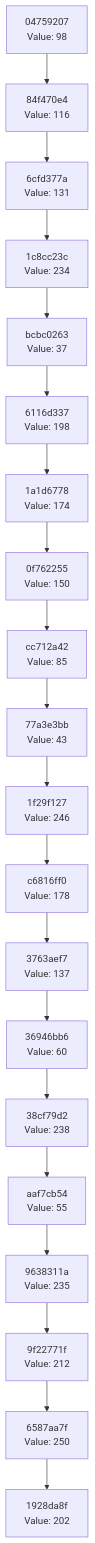
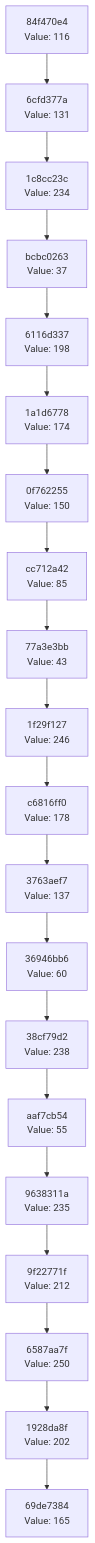
One commit to Abhisheksinha1506/hash-chain-evolver changed the diagram in docs/CHAIN_VISUALIZATION.md. Above: the diagram before and after it, drawn with Mermaid. The commit also changed 2 other files, not shown here.

Commit message:
Evolution step: hash 0xA5 → action executed

````diff
--- a/docs/CHAIN_VISUALIZATION.md
+++ b/docs/CHAIN_VISUALIZATION.md
@@ -3,42 +3,42 @@
 ```mermaid
 graph TD
-    C0["1928da8f<br/>Value: 202"]
-    C1["6587aa7f<br/>Value: 250"]
+    C0["69de7384<br/>Value: 165"]
+    C1["1928da8f<br/>Value: 202"]
     C1 --> C0
-    C2["9f22771f<br/>Value: 212"]
+    C2["6587aa7f<br/>Value: 250"]
     C2 --> C1
-    C3["9638311a<br/>Value: 235"]
+    C3["9f22771f<br/>Value: 212"]
     C3 --> C2
-    C4["aaf7cb54<br/>Value: 55"]
+    C4["9638311a<br/>Value: 235"]
     C4 --> C3
-    C5["38cf79d2<br/>Value: 238"]
+    C5["aaf7cb54<br/>Value: 55"]
     C5 --> C4
-    C6["36946bb6<br/>Value: 60"]
+    C6["38cf79d2<br/>Value: 238"]
     C6 --> C5
-    C7["3763aef7<br/>Value: 137"]
+    C7["36946bb6<br/>Value: 60"]
     C7 --> C6
-    C8["c6816ff0<br/>Value: 178"]
+    C8["3763aef7<br/>Value: 137"]
     C8 --> C7
-    C9["1f29f127<br/>Value: 246"]
+    C9["c6816ff0<br/>Value: 178"]
     C9 --> C8
-    C10["77a3e3bb<br/>Value: 43"]
+    C10["1f29f127<br/>Value: 246"]
     C10 --> C9
-    C11["cc712a42<br/>Value: 85"]
+    C11["77a3e3bb<br/>Value: 43"]
     C11 --> C10
-    C12["0f762255<br/>Value: 150"]
+    C12["cc712a42<br/>Value: 85"]
     C12 --> C11
-    C13["1a1d6778<br/>Value: 174"]
+    C13["0f762255<br/>Value: 150"]
     C13 --> C12
-    C14["6116d337<br/>Value: 198"]
+    C14["1a1d6778<br/>Value: 174"]
     C14 --> C13
-    C15["bcbc0263<br/>Value: 37"]
+    C15["6116d337<br/>Value: 198"]
     C15 --> C14
-    C16["1c8cc23c<br/>Value: 234"]
+    C16["bcbc0263<br/>Value: 37"]
     C16 --> C15
-    C17["6cfd377a<br/>Value: 131"]
+    C17["1c8cc23c<br/>Value: 234"]
     C17 --> C16
-    C18["84f470e4<br/>Value: 116"]
+    C18["6cfd377a<br/>Value: 131"]
     C18 --> C17
-    C19["04759207<br/>Value: 98"]
+    C19["84f470e4<br/>Value: 116"]
     C19 --> C18
 ```
````
